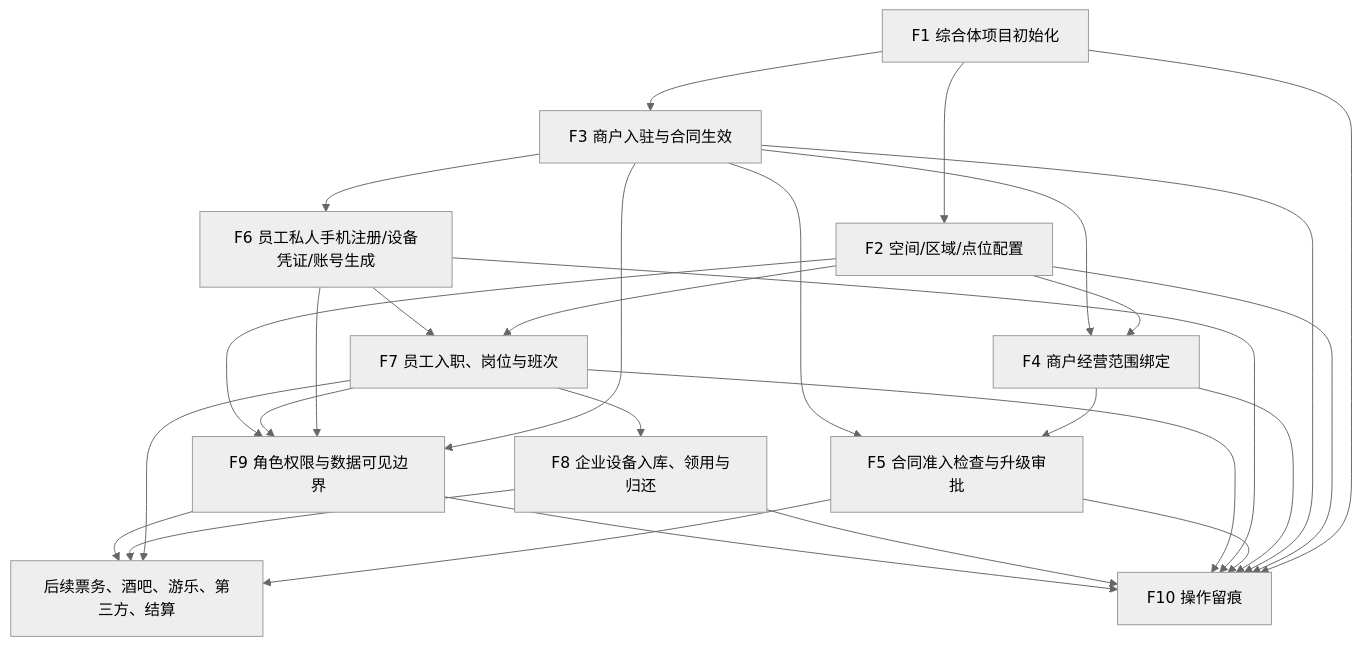
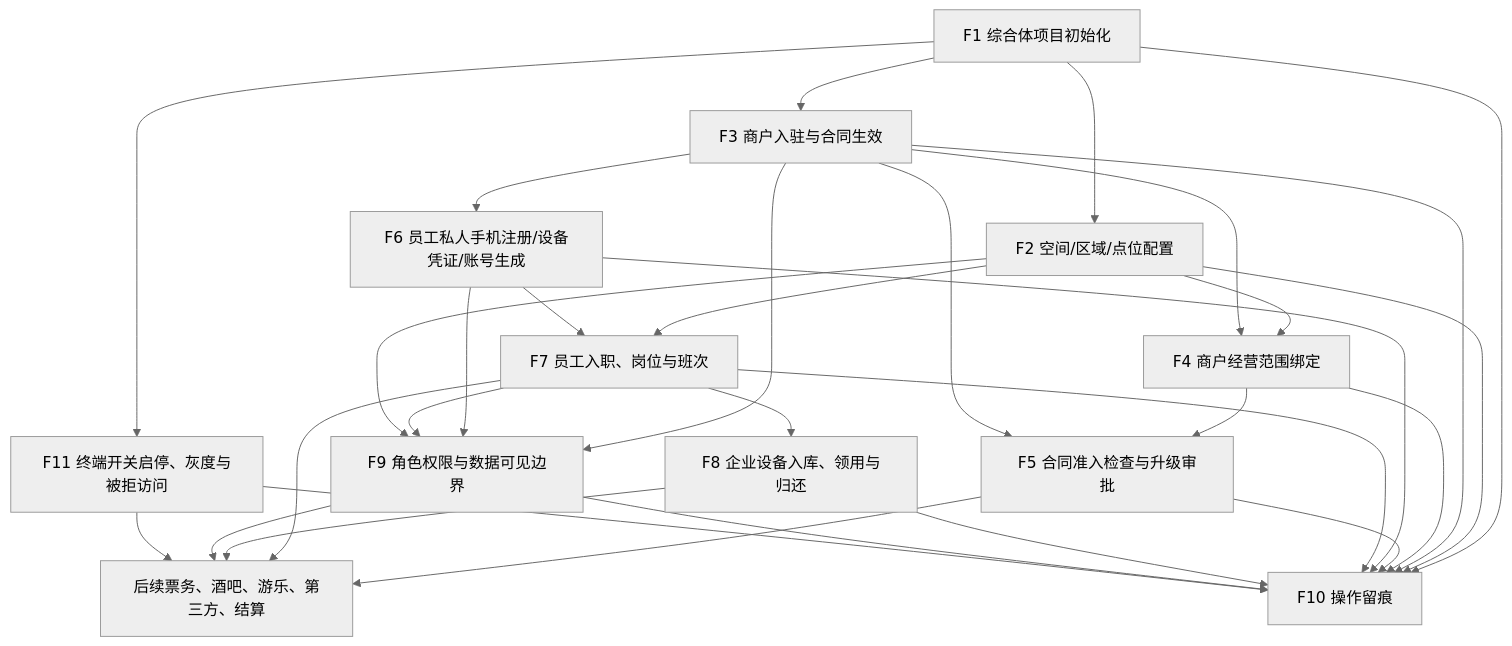
Before and after one commit to jxh1979/mall: the first of 13 diagrams in docs/platform-governance-product-spec-v0.2.md, drawn with Mermaid (neutral theme). The commit also changed other lines of this file and 9 other files, not shown here.

````diff
--- a/docs/platform-governance-product-spec-v0.2.md
+++ b/docs/platform-governance-product-spec-v0.2.md
@@ -1362,30 +1367,33 @@
 ```mermaid
 flowchart TD
     A["F1 综合体项目初始化"] --> B["F2 空间/区域/点位配置"]
     A --> C["F3 商户入驻与合同生效"]
     B --> D["F4 商户经营范围绑定"]
     C --> D
     D --> E["F5 合同准入检查与升级审批"]
     C --> E
     C --> F["F6 员工私人手机注册/设备凭证/账号生成"]
     B --> G["F7 员工入职、岗位与班次"]
     F --> G
     G --> H["F8 企业设备入库、领用与归还"]
     C --> I["F9 角色权限与数据可见边界"]
     F --> I
     G --> I
     B --> I
     E --> J["后续票务、酒吧、游乐、第三方、结算"]
     G --> J
     H --> J
     I --> J
     A --> K["F10 操作留痕"]
     B --> K
     C --> K
     D --> K
     E --> K
     F --> K
     G --> K
     H --> K
     I --> K
+    A --> L["F11 终端开关启停、灰度与被拒访问"]
+    L --> J
+    L --> K
 ```
````
